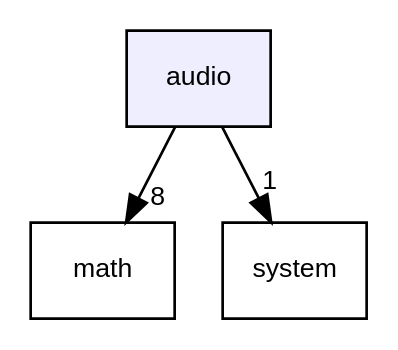
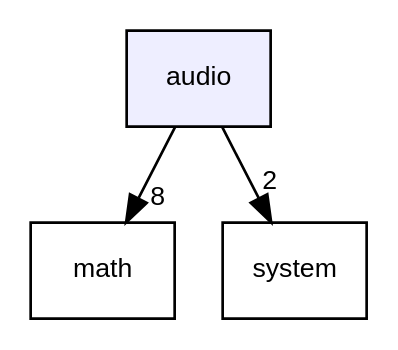
The diagram in docs/dir_a5f32cf82ad289a7dac212f63f40f55b_dep.dot (AkiyukiOkayasu/ame), drawn with Graphviz before and after one commit. The commit also changed 195 other files, not shown here.

```diff
--- a/docs/dir_a5f32cf82ad289a7dac212f63f40f55b_dep.dot
+++ b/docs/dir_a5f32cf82ad289a7dac212f63f40f55b_dep.dot
@@ -1,10 +1,10 @@
 digraph "audio" {
   compound=true
   node [ fontsize="10", fontname="Helvetica"];
   edge [ labelfontsize="10", labelfontname="Helvetica"];
   dir_a5f32cf82ad289a7dac212f63f40f55b [shape=box, label="audio", style="filled", fillcolor="#eeeeff", pencolor="black", URL="dir_a5f32cf82ad289a7dac212f63f40f55b.html"];
   dir_296d53ceaeaa7e099814a6def439fe8a [shape=box label="math" URL="dir_296d53ceaeaa7e099814a6def439fe8a.html"];
   dir_e8522150b400a43ebfdbd1fed060b8e2 [shape=box label="system" URL="dir_e8522150b400a43ebfdbd1fed060b8e2.html"];
-  dir_a5f32cf82ad289a7dac212f63f40f55b->dir_296d53ceaeaa7e099814a6def439fe8a [headlabel="8", labeldistance=1.5 headhref="dir_000000_000022.html"];
-  dir_a5f32cf82ad289a7dac212f63f40f55b->dir_e8522150b400a43ebfdbd1fed060b8e2 [headlabel="1", labeldistance=1.5 headhref="dir_000000_000023.html"];
+  dir_a5f32cf82ad289a7dac212f63f40f55b->dir_296d53ceaeaa7e099814a6def439fe8a [headlabel="8", labeldistance=1.5 headhref="dir_000000_000025.html"];
+  dir_a5f32cf82ad289a7dac212f63f40f55b->dir_e8522150b400a43ebfdbd1fed060b8e2 [headlabel="2", labeldistance=1.5 headhref="dir_000000_000027.html"];
 }
```
